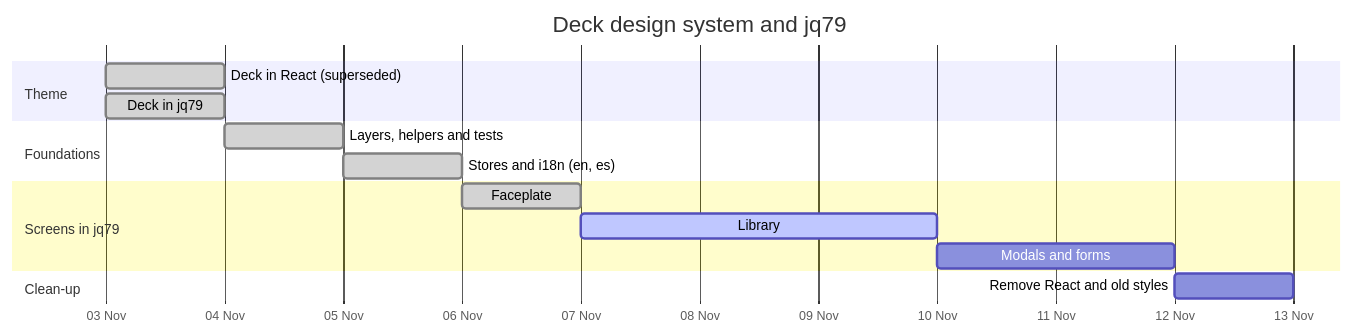
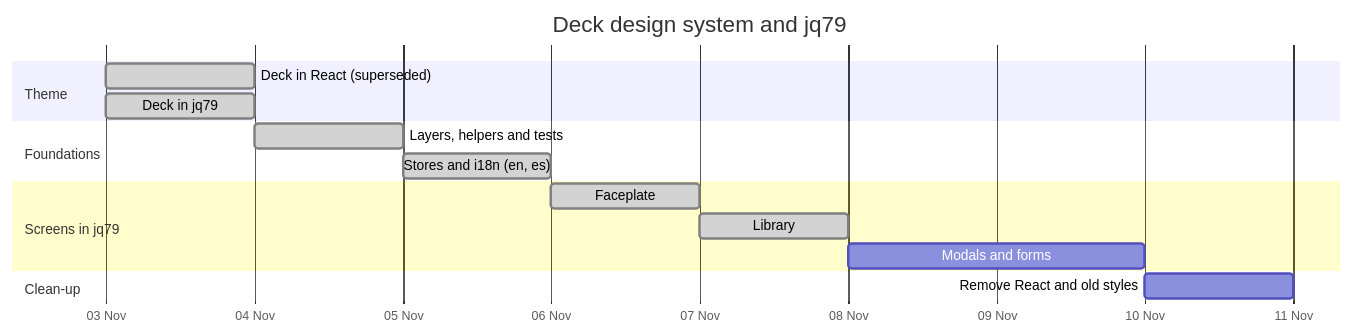
The diagram in ROADMAP/2026-11-03/deck-design-system.md (jgermade/jackbird), drawn with Mermaid before and after one commit. The commit also changed 26 other files, not shown here.

````diff
--- a/ROADMAP/2026-11-03/deck-design-system.md
+++ b/ROADMAP/2026-11-03/deck-design-system.md
@@ -8,18 +8,18 @@
 ```mermaid
 gantt
   title Deck design system and jq79
   dateFormat YYYY-MM-DD
   axisFormat %d %b
   section Theme
     Deck in React (superseded)         :done, react, 2026-11-03, 1d
     Deck in jq79                       :done, theme, 2026-11-03, 1d
   section Foundations
     Layers, helpers and tests          :done, layers, after theme, 1d
     Stores and i18n (en, es)           :done, stores, after layers, 1d
   section Screens in jq79
     Faceplate                          :done, face, after stores, 1d
-    Library                            :active, lib, after face, 3d
+    Library                            :done, lib, after face, 1d
     Modals and forms                   :forms, after lib, 2d
   section Clean-up
     Remove React and old styles        :clean, after forms, 1d
 ```
````
